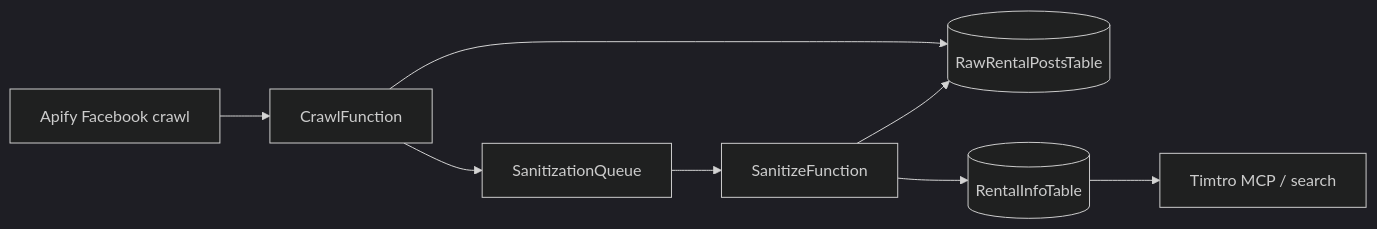
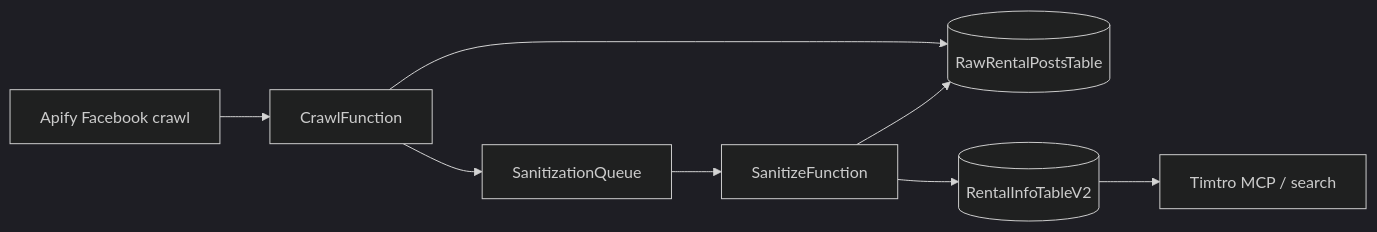
Before and after one commit to minhnguyenduy99/timtro-services: the first of 2 diagrams in docs/spec/data-models.md, drawn with Mermaid (dark theme). The commit also changed other lines of this file and 23 other files, not shown here.

````diff
--- a/docs/spec/data-models.md
+++ b/docs/spec/data-models.md
@@ -7,10 +7,10 @@
 ```mermaid
 flowchart LR
   Apify[Apify Facebook crawl] --> Crawl[CrawlFunction]
   Crawl --> RawTable[(RawRentalPostsTable)]
   Crawl --> Queue[SanitizationQueue]
   Queue --> Sanitize[SanitizeFunction]
   Sanitize --> RawTable
-  Sanitize --> InfoTable[(RentalInfoTable)]
+  Sanitize --> InfoTable[(RentalInfoTableV2)]
   InfoTable --> MCP[Timtro MCP / search]
 ```
````
